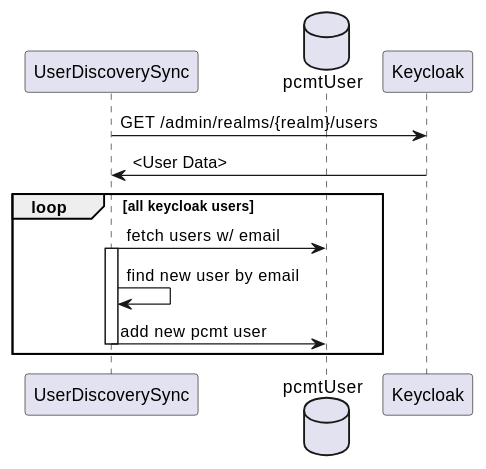
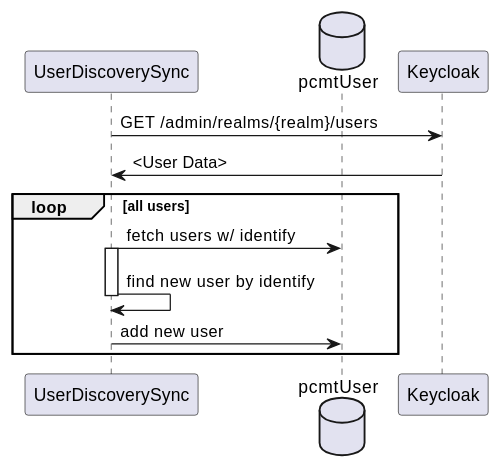
Before and after one commit to Lesotho-NPC/pcmt: the second of 2 diagrams in docs/sso.md, drawn with PlantUML. The commit also changed other lines of this file, not shown here.

Commit message:
#85 updated keycloak documentation

````diff
--- a/docs/sso.md
+++ b/docs/sso.md
@@ -15,19 +28,18 @@
 ```plantuml
 participant UserDiscoverySync as userSync
 database pcmtUser
 participant Keycloak
 
 userSync -> Keycloak : GET /admin/realms/{realm}/users
 Keycloak -> userSync : <User Data>
 
-loop all keycloak users
-userSync -> pcmtUser : fetch users w/ email
+loop all users
+userSync -> pcmtUser : fetch users w/ identify
 
 activate userSync
-userSync -> userSync : find new user by email
-
-userSync -> pcmtUser : add new pcmt user
+userSync -> userSync : find new user by identify
 deactivate userSync
 
+userSync -> pcmtUser : add new user
 end
 ```
````
